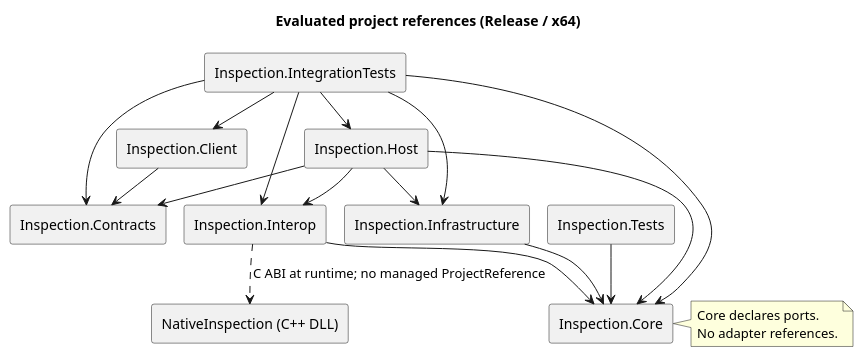
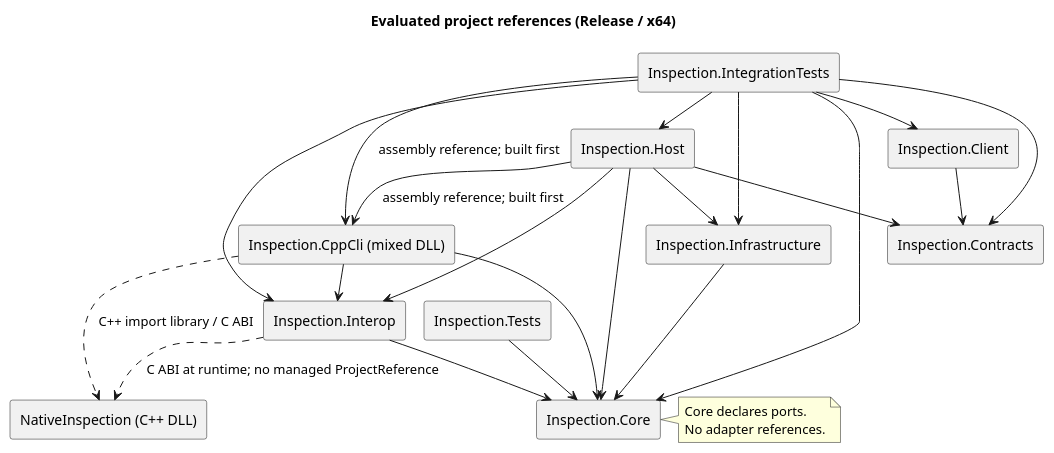
Before and after one commit to Myoungmin/CSharp-InspectionCore-Lab: the diagram in docs/diagrams/dependencies.generated.puml, drawn with PlantUML. The commit also changed 53 other files, not shown here.

```diff
--- a/docs/diagrams/dependencies.generated.puml
+++ b/docs/diagrams/dependencies.generated.puml
@@ -1,33 +1,39 @@
 @startuml
 !pragma layout smetana
 title Evaluated project references (Release / x64)
 skinparam componentStyle rectangle
+component "Inspection.CppCli (mixed DLL)" as Inspection_CppCli
 component "Inspection.Client" as Inspection_Client
 component "Inspection.Contracts" as Inspection_Contracts
 component "Inspection.Core" as Inspection_Core
 component "Inspection.Host" as Inspection_Host
 component "Inspection.Infrastructure" as Inspection_Infrastructure
 component "Inspection.IntegrationTests" as Inspection_IntegrationTests
 component "Inspection.Interop" as Inspection_Interop
 component "Inspection.Tests" as Inspection_Tests
 Inspection_Client --> Inspection_Contracts
+Inspection_Host --> Inspection_CppCli : assembly reference; built first
 Inspection_Host --> Inspection_Contracts
 Inspection_Host --> Inspection_Core
 Inspection_Host --> Inspection_Infrastructure
 Inspection_Host --> Inspection_Interop
 Inspection_Infrastructure --> Inspection_Core
+Inspection_IntegrationTests --> Inspection_CppCli : assembly reference; built first
 Inspection_IntegrationTests --> Inspection_Client
 Inspection_IntegrationTests --> Inspection_Contracts
 Inspection_IntegrationTests --> Inspection_Core
 Inspection_IntegrationTests --> Inspection_Host
 Inspection_IntegrationTests --> Inspection_Infrastructure
 Inspection_IntegrationTests --> Inspection_Interop
 Inspection_Interop --> Inspection_Core
 Inspection_Tests --> Inspection_Core
 component "NativeInspection (C++ DLL)" as NativeInspection
 Inspection_Interop ..> NativeInspection : C ABI at runtime; no managed ProjectReference
+Inspection_CppCli --> Inspection_Core
+Inspection_CppCli --> Inspection_Interop
+Inspection_CppCli ..> NativeInspection : C++ import library / C ABI
 note right of Inspection_Core
 Core declares ports.
 No adapter references.
 end note
 @enduml
```
